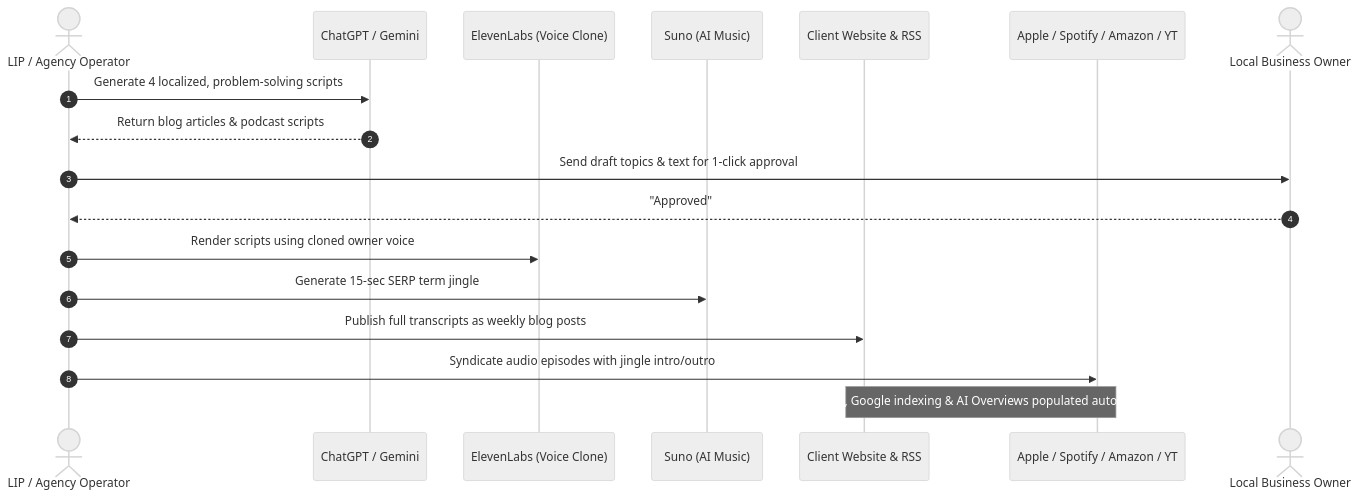
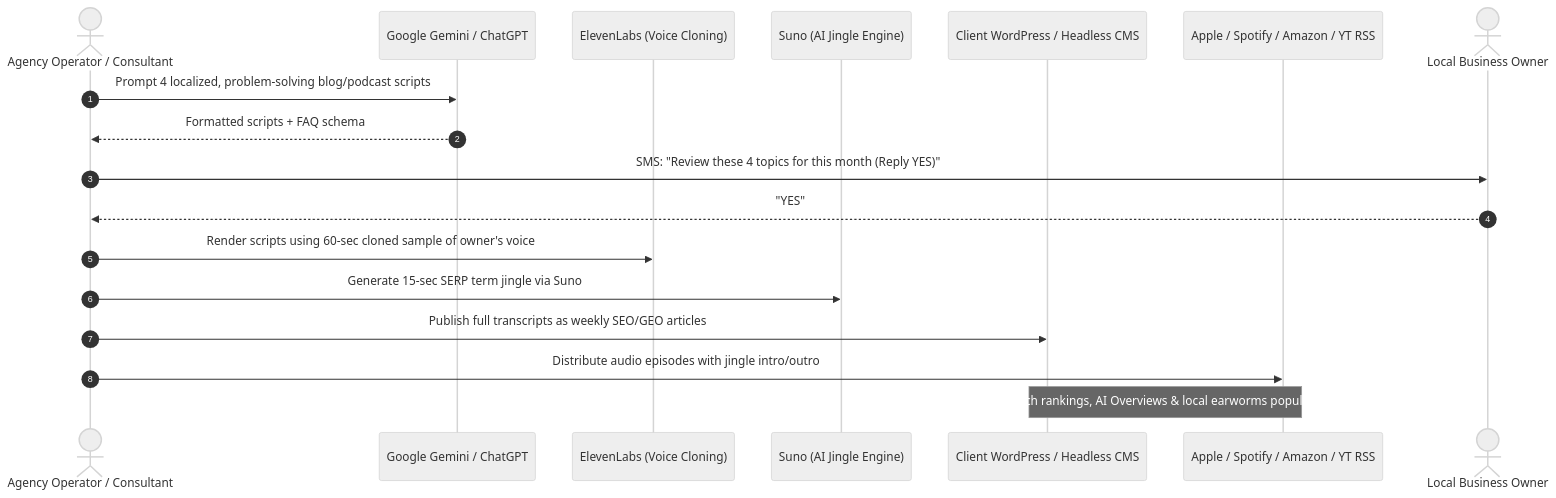
One commit to knowself/derivativegenius-com changed the second of 2 diagrams in doc/lessons-of-localinternetpresence.md. Above: the diagram before and after it, drawn with Mermaid (neutral theme). The commit also changed other lines of this file and 9 other files, not shown here.

First line of the commit message:
feat(book): launch Local Internet Presence book page with draft-review banner

````diff
--- a/doc/lessons-of-localinternetpresence.md
+++ b/doc/lessons-of-localinternetpresence.md
@@ -141,21 +214,21 @@
 ```mermaid
 sequenceDiagram
     autonumber
-    actor Mike as LIP / Agency Operator
-    participant LLM as ChatGPT / Gemini
-    participant Voice as ElevenLabs (Voice Clone)
-    participant Music as Suno (AI Music)
-    participant Web as Client Website & RSS
-    participant Pod as Apple / Spotify / Amazon / YT
-    actor Client as Local Business Owner
+    actor Agency as Agency Operator / Consultant
+    participant LLM as Google Gemini / ChatGPT
+    participant Voice as ElevenLabs (Voice Cloning)
+    participant Music as Suno (AI Jingle Engine)
+    participant Web as Client WordPress / Headless CMS
+    participant RSS as Apple / Spotify / Amazon / YT RSS
+    actor Owner as Local Business Owner
 
-    Mike->>LLM: Generate 4 localized, problem-solving scripts
-    LLM-->>Mike: Return blog articles & podcast scripts
-    Mike->>Client: Send draft topics & text for 1-click approval
-    Client-->>Mike: "Approved"
-    Mike->>Voice: Render scripts using cloned owner voice
-    Mike->>Music: Generate 15-sec SERP term jingle
-    Mike->>Web: Publish full transcripts as weekly blog posts
-    Mike->>Pod: Syndicate audio episodes with jingle intro/outro
-    Note over Web,Pod: Backlinks, Google indexing & AI Overviews populated automatically!
+    Agency->>LLM: Prompt 4 localized, problem-solving blog/podcast scripts
+    LLM-->>Agency: Formatted scripts + FAQ schema
+    Agency->>Owner: SMS: "Review these 4 topics for this month (Reply YES)"
+    Owner-->>Agency: "YES"
+    Agency->>Voice: Render scripts using 60-sec cloned sample of owner's voice
+    Agency->>Music: Generate 15-sec SERP term jingle via Suno
+    Agency->>Web: Publish full transcripts as weekly SEO/GEO articles
+    Agency->>RSS: Distribute audio episodes with jingle intro/outro
+    Note over Web,RSS: Search rankings, AI Overviews & local earworms populated!
 ```
````
